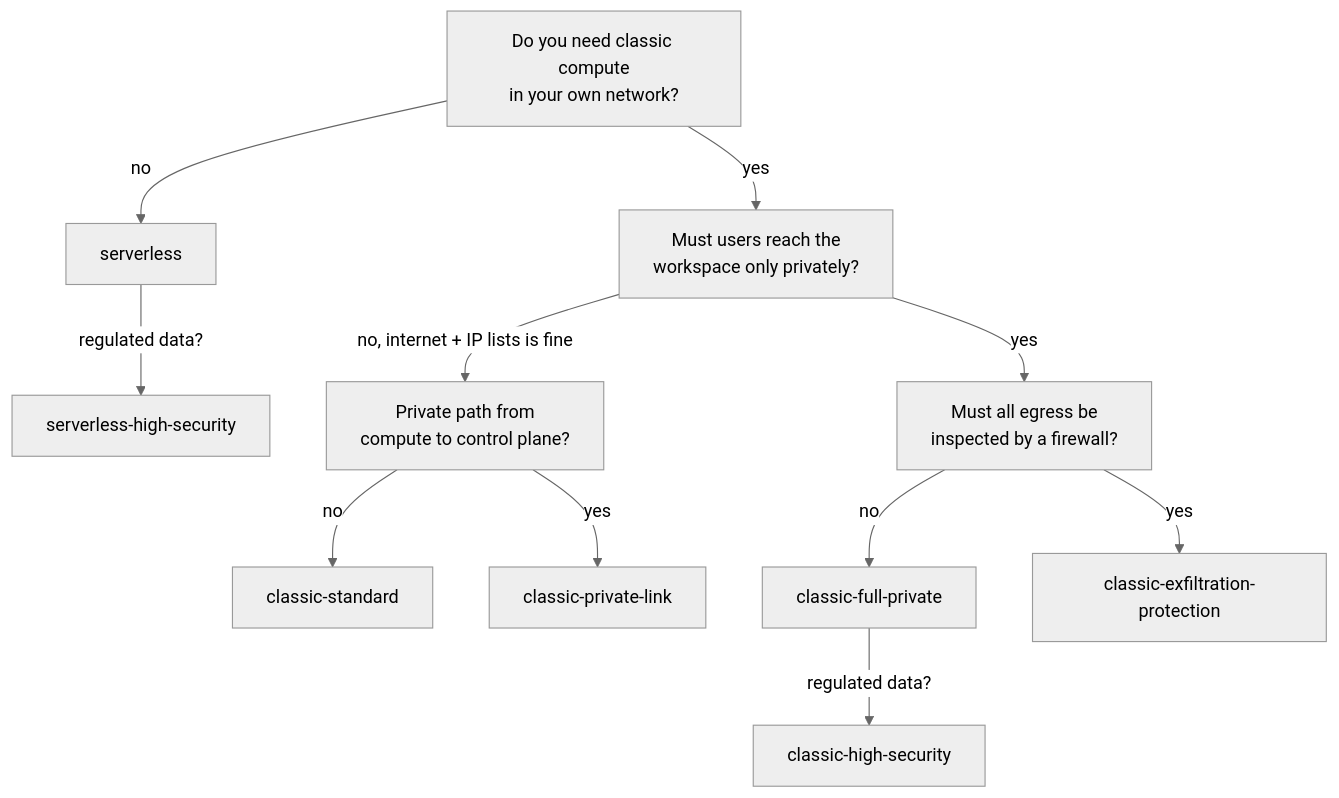
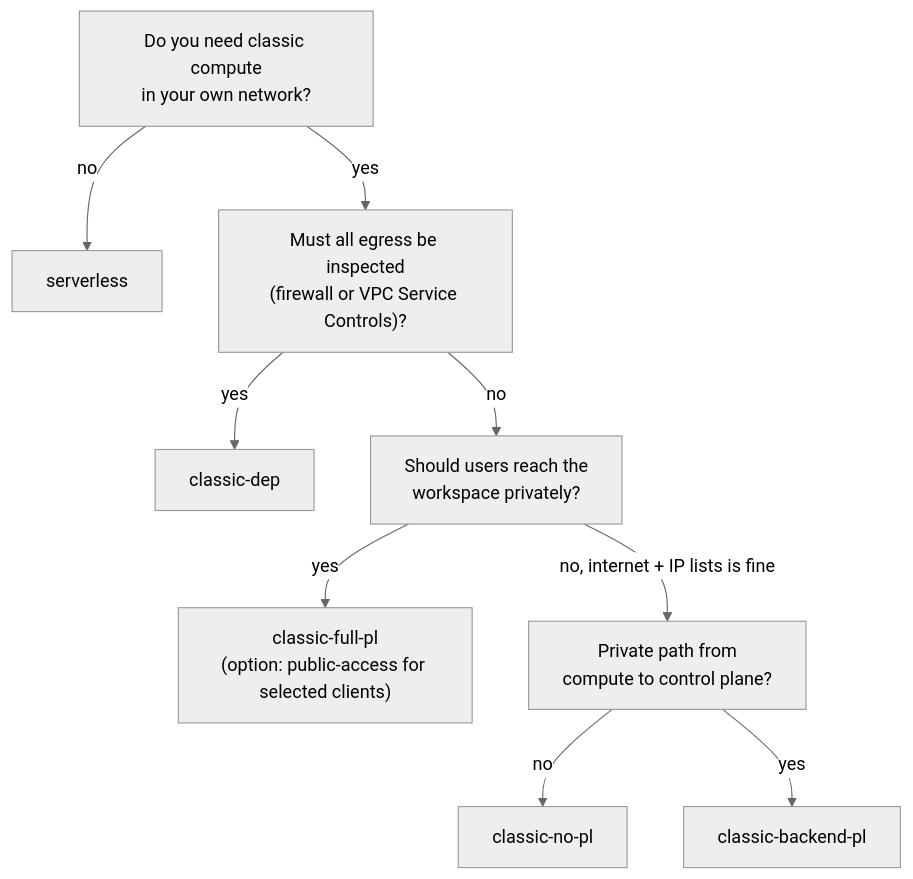
Before and after one commit to bhavink/databricks: the third of 6 diagrams in well-architected-agent/GUIDE.md, drawn with Mermaid (neutral theme). The commit also changed other lines of this file and 47 other files, not shown here.

````diff
--- a/well-architected-agent/GUIDE.md
+++ b/well-architected-agent/GUIDE.md
@@ -128,13 +130,11 @@
 ```mermaid
 flowchart TD
   Q1["Do you need classic compute<br/>in your own network?"] -->|"no"| SL["serverless"]
-  SL -->|"regulated data?"| SLH["serverless-high-security"]
-  Q1 -->|"yes"| Q2["Must users reach the<br/>workspace only privately?"]
+  Q1 -->|"yes"| Q4["Must all egress be inspected<br/>(firewall or VPC Service Controls)?"]
+  Q4 -->|"yes"| DEP["classic-dep"]
+  Q4 -->|"no"| Q2["Should users reach the<br/>workspace privately?"]
+  Q2 -->|"yes"| FP["classic-full-pl<br/>(option: public-access for selected clients)"]
   Q2 -->|"no, internet + IP lists is fine"| Q3["Private path from<br/>compute to control plane?"]
-  Q3 -->|"no"| STD["classic-standard"]
-  Q3 -->|"yes"| PL["classic-private-link"]
-  Q2 -->|"yes"| Q4["Must all egress be<br/>inspected by a firewall?"]
-  Q4 -->|"no"| FP["classic-full-private"]
-  FP -->|"regulated data?"| HS["classic-high-security"]
-  Q4 -->|"yes"| DEP["classic-exfiltration-protection"]
+  Q3 -->|"no"| NOPL["classic-no-pl"]
+  Q3 -->|"yes"| BPL["classic-backend-pl"]
 ```
````
